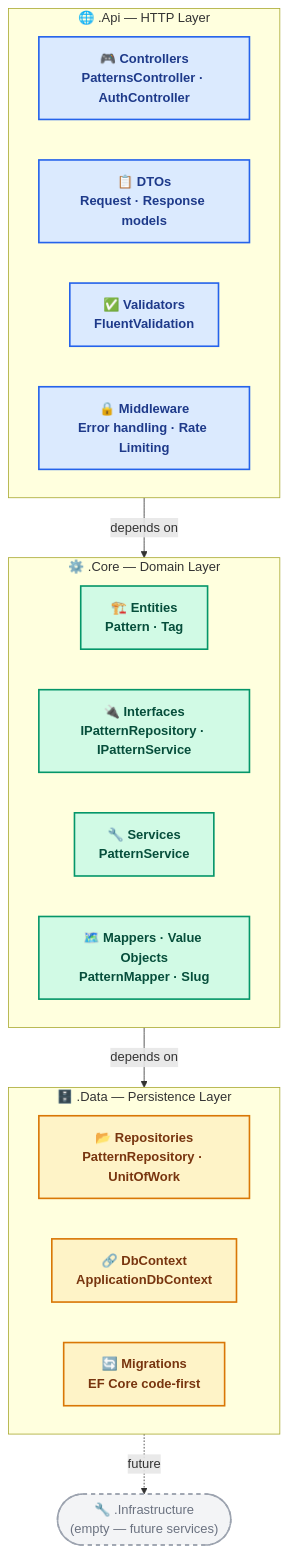
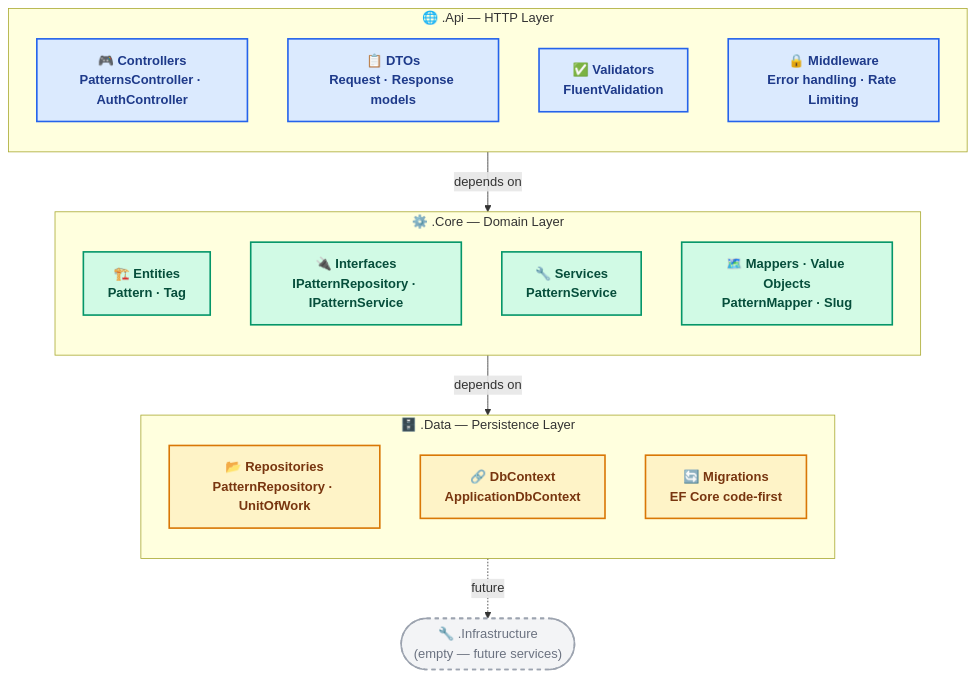
Before and after one commit to sandropetterle/AIEnterprisePatterns: the diagram in documentation/architecture/BACKEND_ARCHITECTURE.md, drawn with Mermaid.

Commit message:
fix: set inner subgraph direction to TB in Clean Architecture diagram
Nodes within each layer now stack top→bottom rather than left→right,
giving a more compact layout within each coloured layer box.

````diff
--- a/documentation/architecture/BACKEND_ARCHITECTURE.md
+++ b/documentation/architecture/BACKEND_ARCHITECTURE.md
@@ -22,47 +22,47 @@
 ```mermaid
 flowchart TD
     %% ── Api Layer ────────────────────────────────────────────────────────────
     subgraph API["🌐  .Api — HTTP Layer"]
-        direction LR
+        direction TB
         A1["🎮 Controllers<br/>PatternsController · AuthController"]
         A2["📋 DTOs<br/>Request · Response models"]
         A3["✅ Validators<br/>FluentValidation"]
         A4["🔒 Middleware<br/>Error handling · Rate Limiting"]
     end
 
     %% ── Core Layer ───────────────────────────────────────────────────────────
     subgraph Core["⚙️  .Core — Domain Layer"]
-        direction LR
+        direction TB
         C1["🏗️ Entities<br/>Pattern · Tag"]
         C2["🔌 Interfaces<br/>IPatternRepository · IPatternService"]
         C3["🔧 Services<br/>PatternService"]
         C4["🗺️ Mappers · Value Objects<br/>PatternMapper · Slug"]
     end
 
     %% ── Data Layer ───────────────────────────────────────────────────────────
     subgraph Data["🗄️  .Data — Persistence Layer"]
-        direction LR
+        direction TB
         D1["📂 Repositories<br/>PatternRepository · UnitOfWork"]
         D2["🔗 DbContext<br/>ApplicationDbContext"]
         D3["🔄 Migrations<br/>EF Core code-first"]
     end
 
     %% ── Infrastructure (placeholder) ─────────────────────────────────────────
     Infra(["🔧 .Infrastructure<br/>(empty — future services)"])
 
     %% ── Dependency Direction — outer layers depend on inner, never reversed ──
     API -->|"depends on"| Core
     Core -->|"depends on"| Data
     Data -.->|"future"| Infra
 
     %% ── Styles ───────────────────────────────────────────────────────────────
     classDef api   fill:#DBEAFE,stroke:#2563EB,stroke-width:2px,color:#1E3A8A,font-weight:bold
     classDef core  fill:#D1FAE5,stroke:#059669,stroke-width:2px,color:#064E3B,font-weight:bold
     classDef data  fill:#FEF3C7,stroke:#D97706,stroke-width:2px,color:#78350F,font-weight:bold
     classDef infra fill:#F3F4F6,stroke:#9CA3AF,stroke-width:2px,color:#6B7280,stroke-dasharray:5 5
 
     class A1,A2,A3,A4 api
     class C1,C2,C3,C4 core
     class D1,D2,D3 data
     class Infra infra
 ```
````
